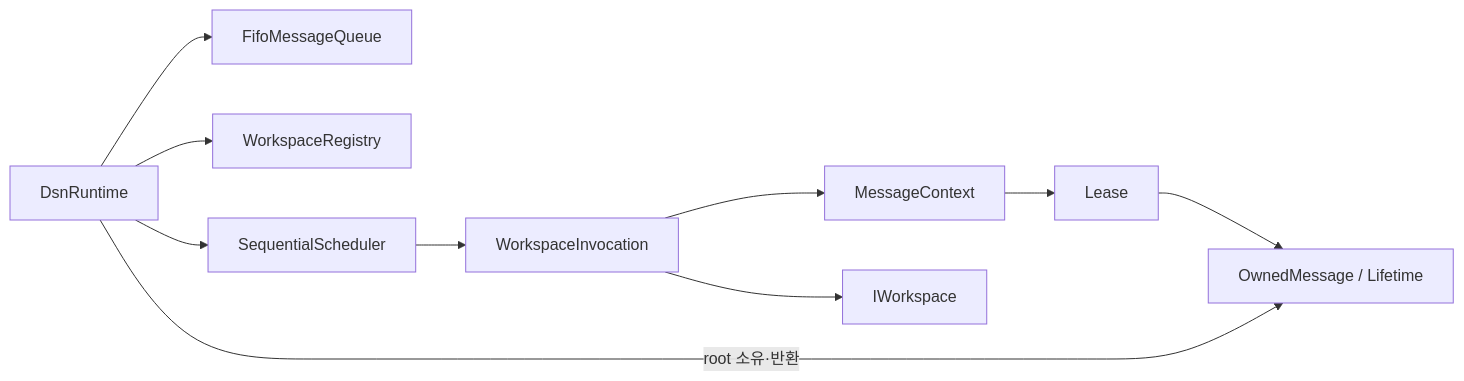
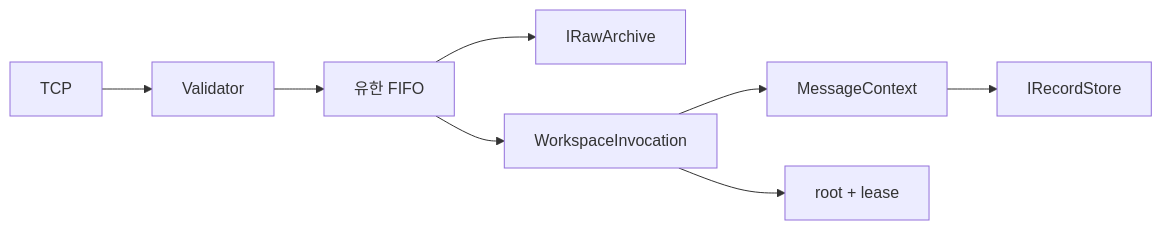
One commit to south-hive/project-dsn changed the second of 6 diagrams in docs/05-component-design.md. Above: the diagram before and after it, drawn with Mermaid. The commit also changed other lines of this file and 69 other files, not shown here.

````diff
--- a/docs/05-component-design.md
+++ b/docs/05-component-design.md
@@ -46,12 +30,8 @@
 ```mermaid
 flowchart LR
-    R["DsnRuntime"] --> Q["FifoMessageQueue"]
-    R --> B["WorkspaceRegistry"]
-    R --> S["SequentialScheduler"]
-    S --> X["WorkspaceInvocation"]
-    X --> C["MessageContext"]
-    X --> W["IWorkspace"]
-    C --> P["Lease"]
-    P --> L["OwnedMessage / Lifetime"]
-    R -->|"root 소유·반환"| L
+    TCP --> Validator --> Queue["유한 FIFO"]
+    Queue --> Archive["IRawArchive"]
+    Queue --> Invocation["WorkspaceInvocation"] --> Context["MessageContext"]
+    Invocation --> Lifetime["root + lease"]
+    Context --> Pipeline["IRecordStore"]
 ```
````
